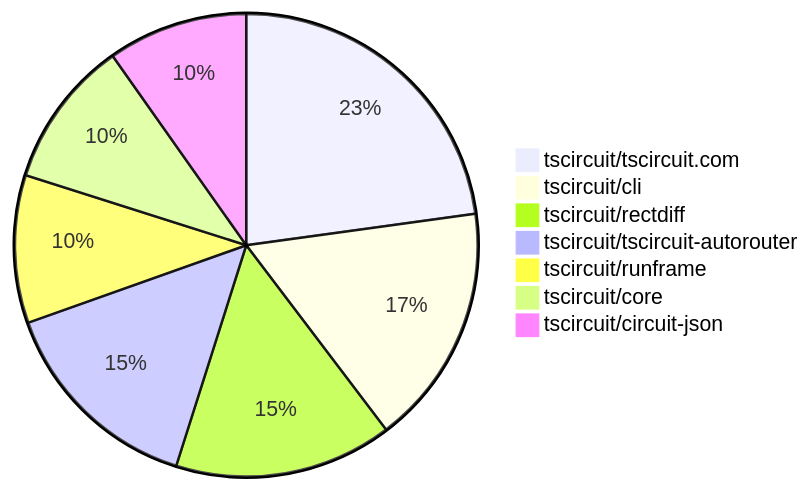
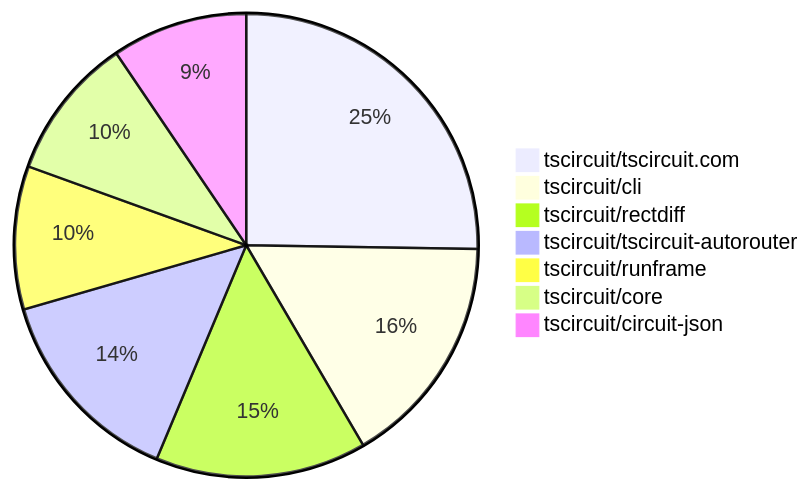
The second of 2 diagrams in README.md (tscircuit/contribution-tracker), drawn with Mermaid before and after one commit. The commit also changed other lines of this file and 3 other files, not shown here.

````diff
--- a/README.md
+++ b/README.md
@@ -122,10 +124,10 @@
 ```mermaid
 pie
-    "tscircuit/tscircuit.com" : 42
+    "tscircuit/tscircuit.com" : 48
     "tscircuit/cli" : 31
     "tscircuit/rectdiff" : 28
     "tscircuit/tscircuit-autorouter" : 27
     "tscircuit/runframe" : 19
     "tscircuit/core" : 19
     "tscircuit/circuit-json" : 18
 ```
````
